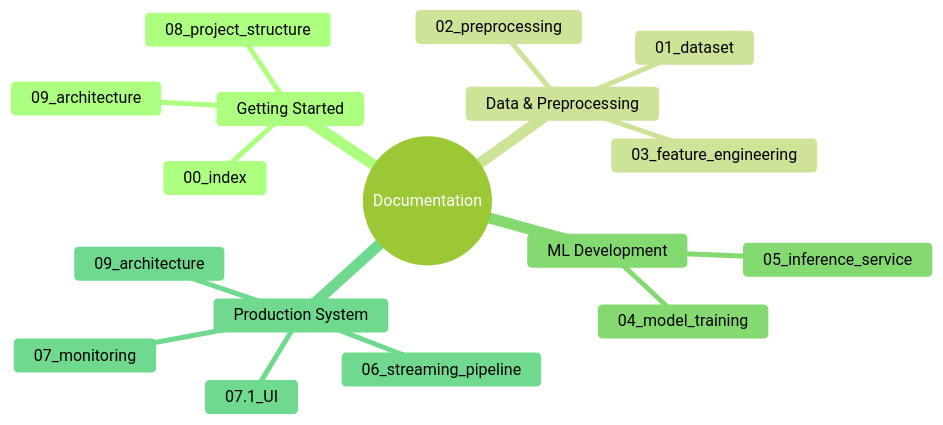
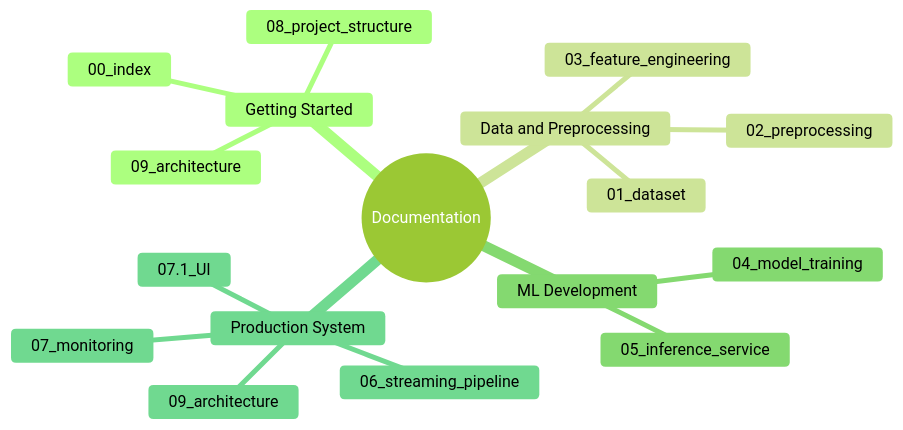
One commit to nasim-raj-laskar/Real-Time-Aircraft-Engine-Predictive-Maintenance-System changed the first of 3 diagrams in docs/00_index.md. Above: the diagram before and after it, drawn with Mermaid (forest theme). The commit also changed other lines of this file and 11 other files, not shown here.

````diff
--- a/docs/00_index.md
+++ b/docs/00_index.md
@@ -9,20 +9,20 @@
 ```mermaid
 mindmap
   root((Documentation))
     Getting Started
       00_index
       08_project_structure
       09_architecture
-    Data & Preprocessing
+    Data and Preprocessing
       01_dataset
       02_preprocessing
       03_feature_engineering
     ML Development
       04_model_training
       05_inference_service
     Production System
       06_streaming_pipeline
       07_monitoring
       07.1_UI
       09_architecture
 ```
````
